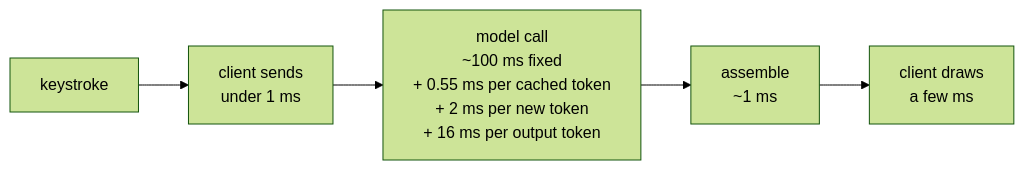
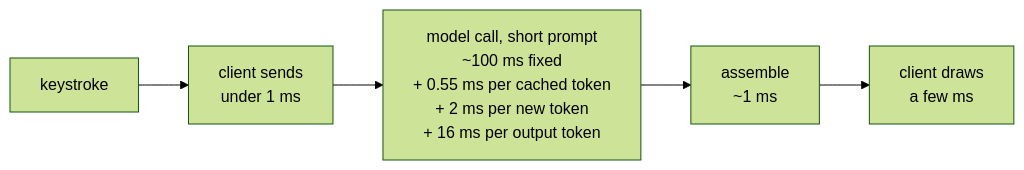
The diagram in docs/PERFORMANCE.md (FreemanX/Homeword), drawn with Mermaid (forest theme) before and after one commit. The commit also changed other lines of this file and 16 other files, not shown here.

````diff
--- a/docs/PERFORMANCE.md
+++ b/docs/PERFORMANCE.md
@@ -17,7 +17,7 @@
 ```mermaid
 flowchart LR
     key["keystroke"] --> send["client sends<br/>under 1 ms"]
-    send --> model["model call<br/>~100 ms fixed<br/>+ 0.55 ms per cached token<br/>+ 2 ms per new token<br/>+ 16 ms per output token"]
+    send --> model["model call, short prompt<br/>~100 ms fixed<br/>+ 0.55 ms per cached token<br/>+ 2 ms per new token<br/>+ 16 ms per output token"]
     model --> asm["assemble<br/>~1 ms"]
     asm --> draw["client draws<br/>a few ms"]
 ```
````
